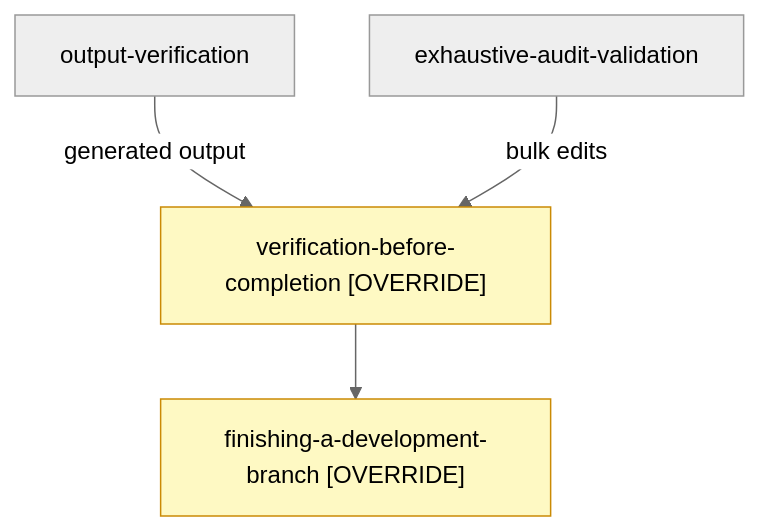
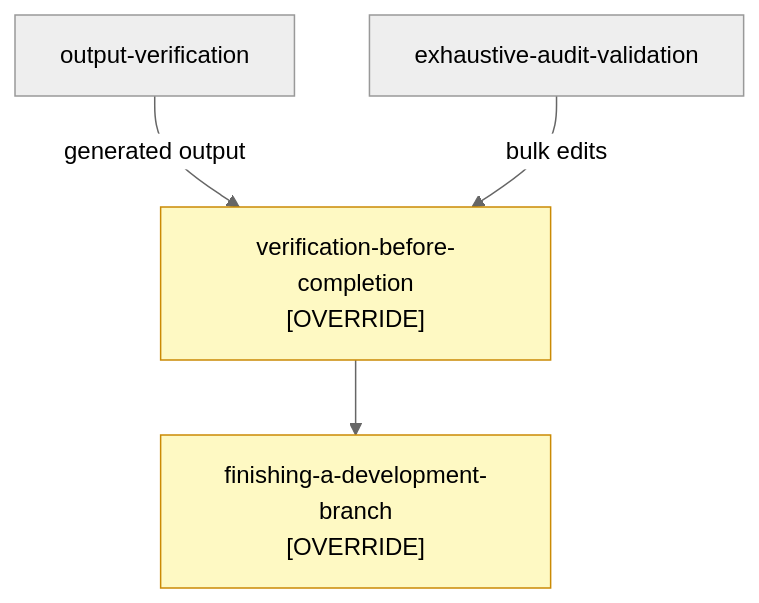
Before and after one commit to bordenet/superpowers-plus: the fourth of 7 diagrams in docs/SKILL_TAXONOMY.md, drawn with Mermaid (neutral theme). The commit also changed other lines of this file and 3 other files, not shown here.

First line of the commit message:
docs: add DESIGN.md and fix mermaid diagrams across docs (#675)

````diff
--- a/docs/SKILL_TAXONOMY.md
+++ b/docs/SKILL_TAXONOMY.md
@@ -160,13 +162,13 @@
 ```mermaid
 flowchart TD
     classDef ovrd fill:#fef9c3,stroke:#ca8a04
 
     OV[output-verification]
     EAV[exhaustive-audit-validation]
-    VBC["verification-before-completion [OVERRIDE]"]:::ovrd
-    FDAB["finishing-a-development-branch [OVERRIDE]"]:::ovrd
+    VBC["verification-before-completion<br/>[OVERRIDE]"]:::ovrd
+    FDAB["finishing-a-development-branch<br/>[OVERRIDE]"]:::ovrd
 
     OV -->|generated output| VBC
     EAV -->|bulk edits| VBC
     VBC --> FDAB
 ```
````
